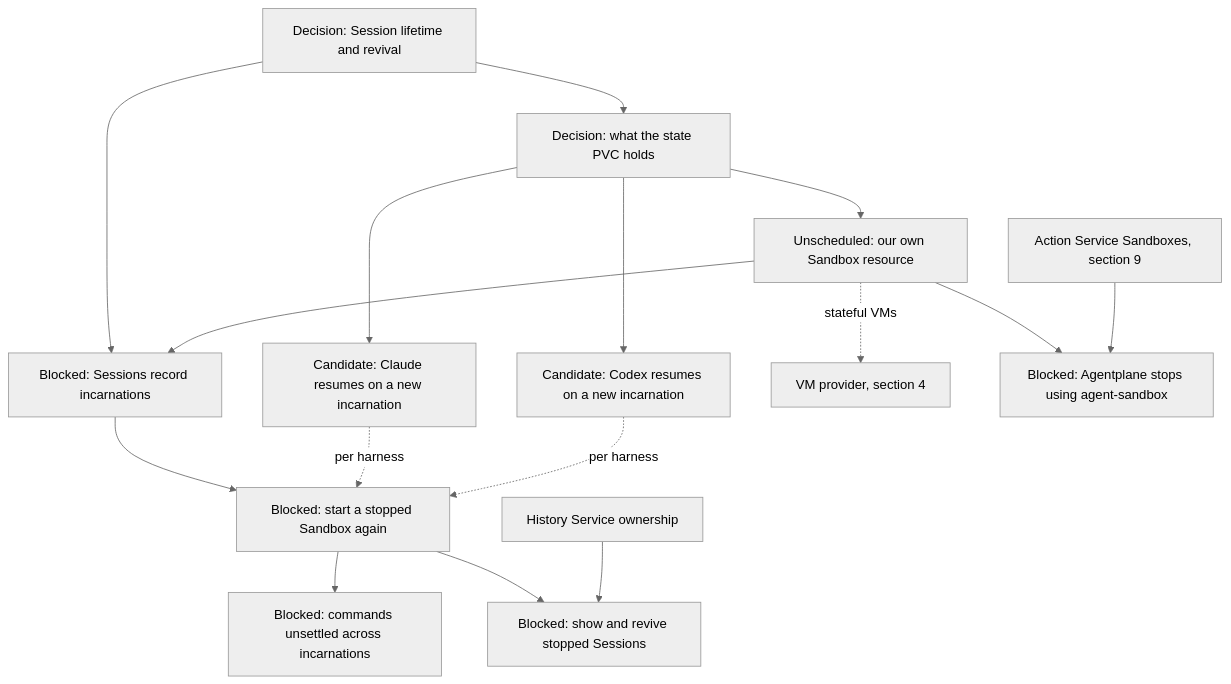
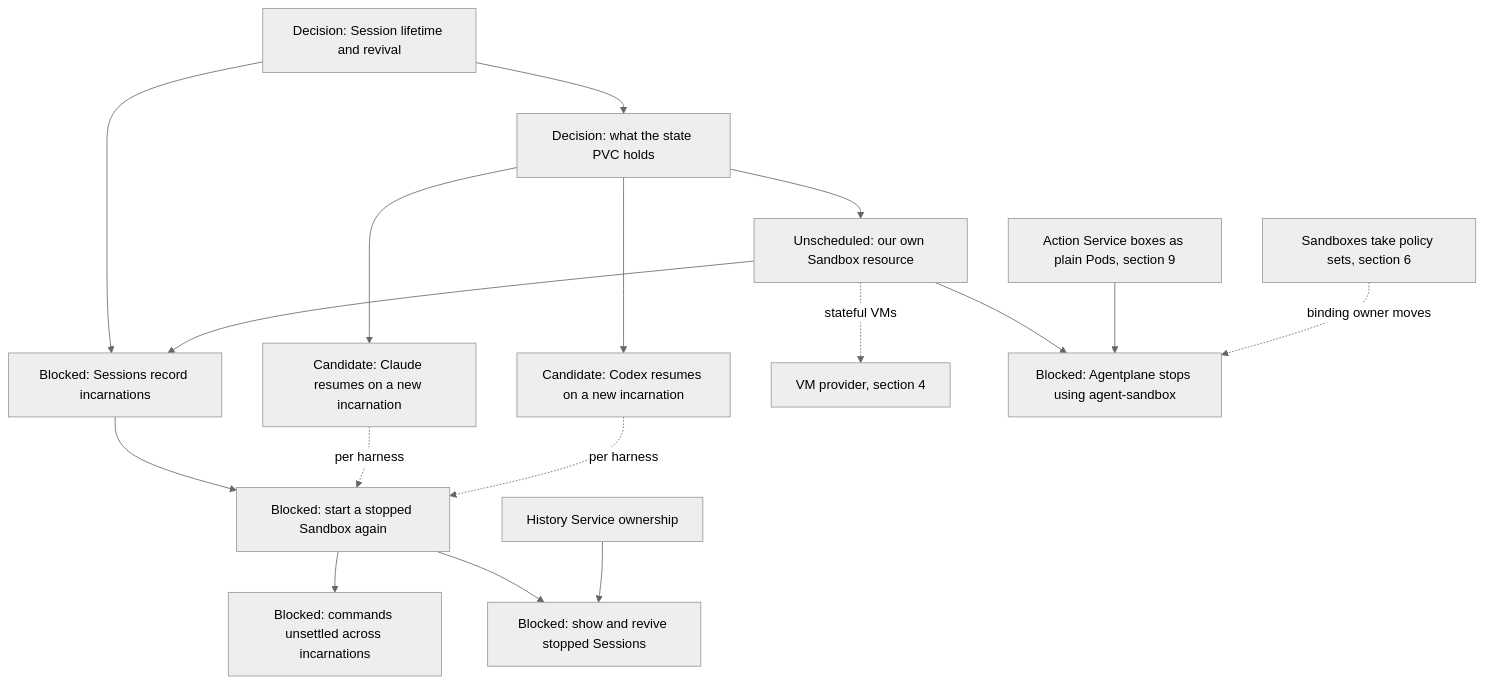
Before and after one commit to agentydragon-agent/ducktape: the tenth of 14 diagrams in agentplane/plans/task_dag.md, drawn with Mermaid (neutral theme). The commit also changed other lines of this file, not shown here.

````diff
--- a/agentplane/plans/task_dag.md
+++ b/agentplane/plans/task_dag.md
@@ -645,29 +664,30 @@
 ```mermaid
 flowchart TD
     DURABLE_SESSION_LIFECYCLE[Decision: Session lifetime and revival]
     SESSION_STATE_VOLUME_DESIGN[Decision: what the state PVC holds]
     AGENTPLANE_SANDBOX_RESOURCE[Unscheduled: our own Sandbox resource]
     CLAUDE_PORTABLE_STATE[Candidate: Claude resumes on a new incarnation]
     CODEX_PORTABLE_STATE[Candidate: Codex resumes on a new incarnation]
     SESSION_INCARNATIONS[Blocked: Sessions record incarnations]
     SESSION_REVIVE[Blocked: start a stopped Sandbox again]
     THREAD_SUCCESSOR_DELIVERY[Blocked: commands unsettled across incarnations]
     HOSTED_THREAD_SURFACES[Blocked: show and revive stopped Sessions]
     HISTORY_SERVICE_OWNERSHIP[History Service ownership]
     VM_PROVIDER[VM provider, section 4]
     DURABLE_SESSION_LIFECYCLE --> SESSION_STATE_VOLUME_DESIGN
     DURABLE_SESSION_LIFECYCLE --> SESSION_INCARNATIONS
     SESSION_STATE_VOLUME_DESIGN --> AGENTPLANE_SANDBOX_RESOURCE
     SESSION_STATE_VOLUME_DESIGN --> CLAUDE_PORTABLE_STATE
     SESSION_STATE_VOLUME_DESIGN --> CODEX_PORTABLE_STATE
     AGENTPLANE_SANDBOX_RESOURCE --> SESSION_INCARNATIONS
     AGENTPLANE_SANDBOX_RESOURCE --> AGENT_SANDBOX_RETIRE[Blocked: Agentplane stops using agent-sandbox]
-    ACTION_SANDBOX_PROVISIONING[Action Service Sandboxes, section 9] --> AGENT_SANDBOX_RETIRE
+    ACTION_SANDBOX_PODS[Action Service boxes as plain Pods, section 9] --> AGENT_SANDBOX_RETIRE
+    POLICY_SANDBOX_CUTOVER[Sandboxes take policy sets, section 6] -. binding owner moves .-> AGENT_SANDBOX_RETIRE
     AGENTPLANE_SANDBOX_RESOURCE -. stateful VMs .-> VM_PROVIDER
     SESSION_INCARNATIONS --> SESSION_REVIVE
     CLAUDE_PORTABLE_STATE -. per harness .-> SESSION_REVIVE
     CODEX_PORTABLE_STATE -. per harness .-> SESSION_REVIVE
     SESSION_REVIVE --> THREAD_SUCCESSOR_DELIVERY
     SESSION_REVIVE --> HOSTED_THREAD_SURFACES
     HISTORY_SERVICE_OWNERSHIP --> HOSTED_THREAD_SURFACES
 ```
````
